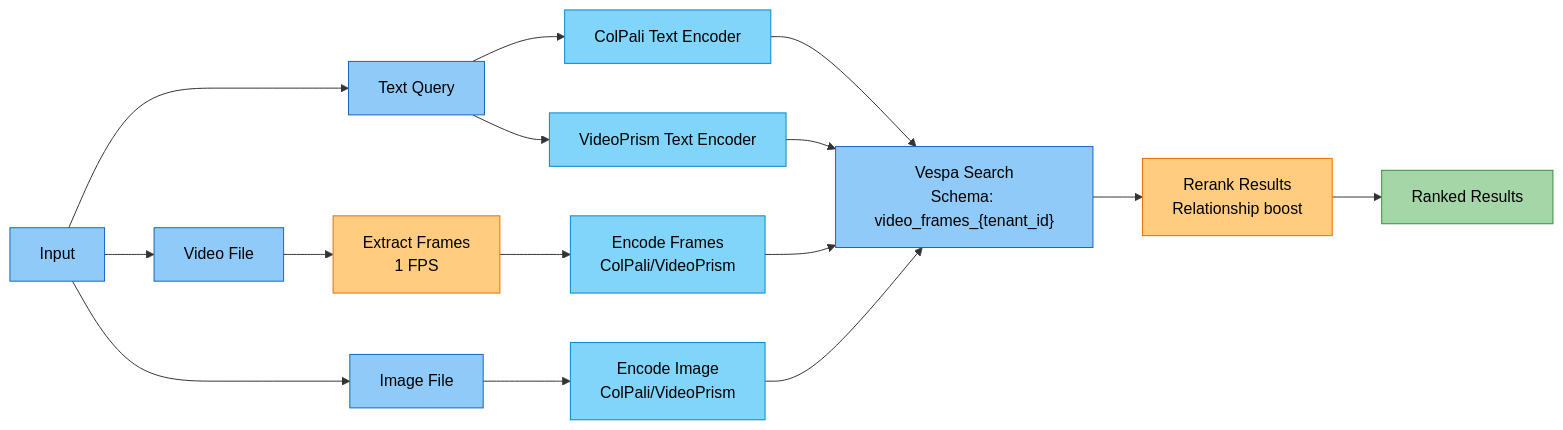
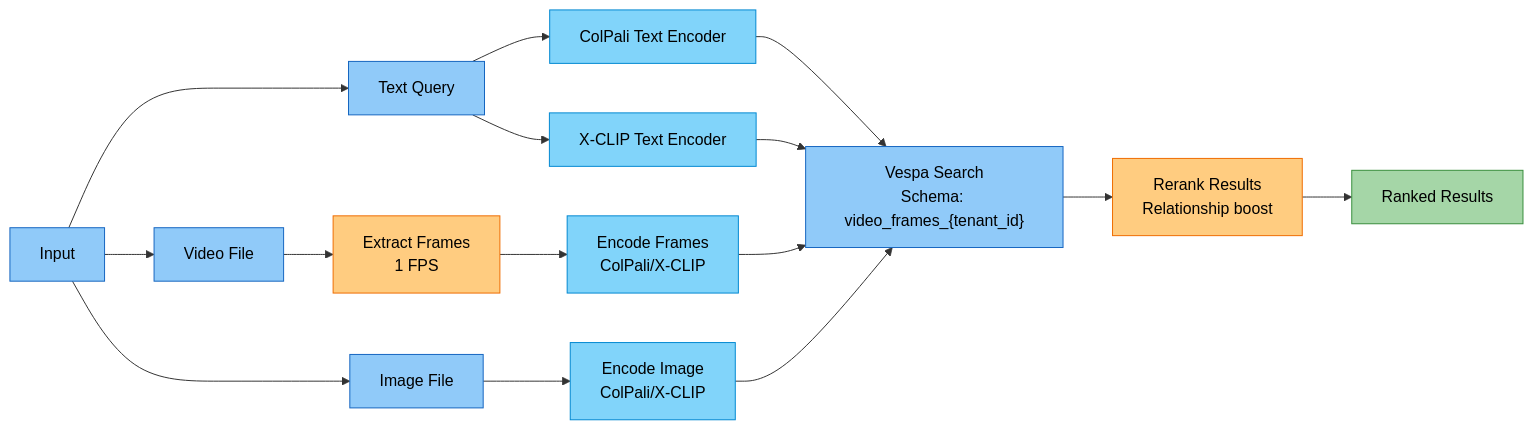
The second of 18 diagrams in docs/modules/agents.md (amit-jain/cogniverse), drawn with Mermaid before and after one commit. The commit also changed other lines of this file and 168 other files, not shown here.

First line of the commit message:
Remove VideoPrism; X-CLIP is the video embedder

````diff
--- a/docs/modules/agents.md
+++ b/docs/modules/agents.md
@@ -226,35 +226,35 @@
 ```mermaid
 flowchart LR
     Input["<span style='color:#000'>Input</span>"] --> TextQuery["<span style='color:#000'>Text Query</span>"]
     Input --> VideoFile["<span style='color:#000'>Video File</span>"]
     Input --> ImageFile["<span style='color:#000'>Image File</span>"]
 
     TextQuery --> ColPaliEncode["<span style='color:#000'>ColPali Text Encoder</span>"]
-    TextQuery --> VideoPrismEncode["<span style='color:#000'>VideoPrism Text Encoder</span>"]
+    TextQuery --> X-CLIPEncode["<span style='color:#000'>X-CLIP Text Encoder</span>"]
 
     VideoFile --> FrameExtract["<span style='color:#000'>Extract Frames<br/>1 FPS</span>"]
-    FrameExtract --> VideoEncode["<span style='color:#000'>Encode Frames<br/>ColPali/VideoPrism</span>"]
+    FrameExtract --> VideoEncode["<span style='color:#000'>Encode Frames<br/>ColPali/X-CLIP</span>"]
 
-    ImageFile --> ImageEncode["<span style='color:#000'>Encode Image<br/>ColPali/VideoPrism</span>"]
+    ImageFile --> ImageEncode["<span style='color:#000'>Encode Image<br/>ColPali/X-CLIP</span>"]
 
     ColPaliEncode --> VespaSearch["<span style='color:#000'>Vespa Search<br/>Schema: video_frames_{tenant_id}</span>"]
-    VideoPrismEncode --> VespaSearch
+    X-CLIPEncode --> VespaSearch
     VideoEncode --> VespaSearch
     ImageEncode --> VespaSearch
 
     VespaSearch --> Rerank["<span style='color:#000'>Rerank Results<br/>Relationship boost</span>"]
     Rerank --> Results["<span style='color:#000'>Ranked Results</span>"]
 
     style Input fill:#90caf9,stroke:#1565c0,color:#000
     style TextQuery fill:#90caf9,stroke:#1565c0,color:#000
     style VideoFile fill:#90caf9,stroke:#1565c0,color:#000
     style ImageFile fill:#90caf9,stroke:#1565c0,color:#000
     style ColPaliEncode fill:#81d4fa,stroke:#0288d1,color:#000
-    style VideoPrismEncode fill:#81d4fa,stroke:#0288d1,color:#000
+    style X-CLIPEncode fill:#81d4fa,stroke:#0288d1,color:#000
     style FrameExtract fill:#ffcc80,stroke:#ef6c00,color:#000
     style VideoEncode fill:#81d4fa,stroke:#0288d1,color:#000
     style ImageEncode fill:#81d4fa,stroke:#0288d1,color:#000
     style VespaSearch fill:#90caf9,stroke:#1565c0,color:#000
     style Rerank fill:#ffcc80,stroke:#ef6c00,color:#000
     style Results fill:#a5d6a7,stroke:#388e3c,color:#000
 ```
````
